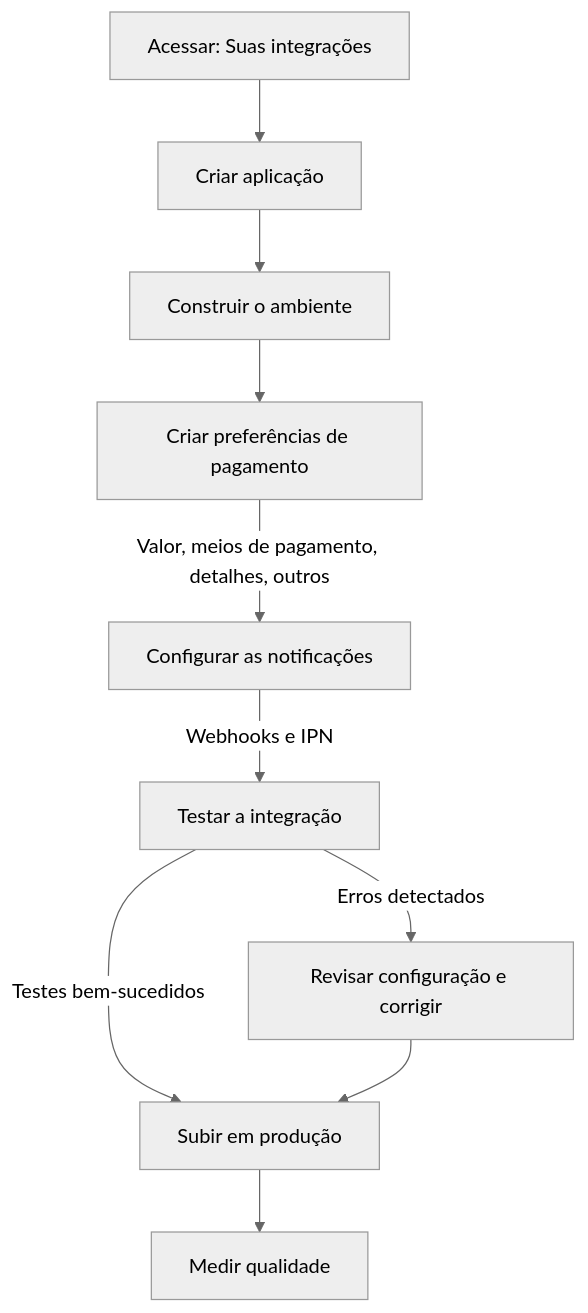
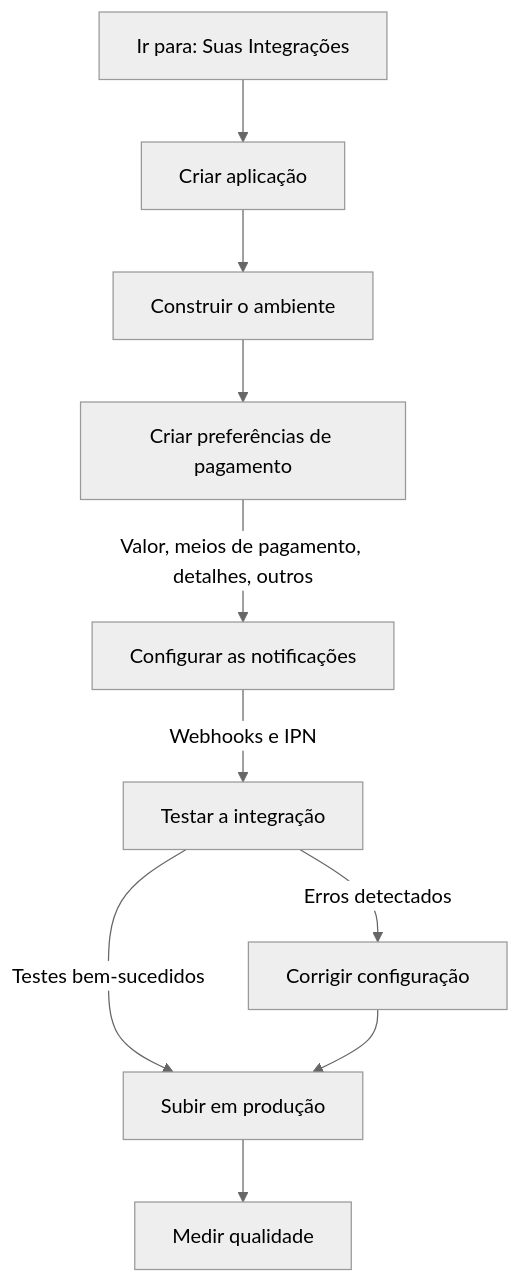
The diagram in guides/checkout-pro/overview.pt.md (22Neves/devsite-docs), drawn with Mermaid (neutral theme) before and after one commit. The commit also changed 2 other files, not shown here.

Commit message:
fix por feedbacks UX

```diff
--- a/guides/checkout-pro/overview.pt.md
+++ b/guides/checkout-pro/overview.pt.md
@@ -126,12 +126,12 @@
     <pre class="mermaid">
 flowchart TD
-            A["Acessar: Suas integrações"] --> B["Criar aplicação"]
+            A["Ir para: Suas Integrações"] --> B["Criar aplicação"]
             B --> C["Construir o ambiente"]
             C --> D["Criar preferências de pagamento"]
             D -- Valor, meios de pagamento, detalhes, outros --> F["Configurar as notificações"]
             F -- Webhooks e IPN --> E["Testar a integração"]
             E -- Testes bem-sucedidos --> H["Subir em produção"]
-            E -- Erros detectados --> I["Revisar configuração e corrigir"]
+            E -- Erros detectados --> I["Corrigir configuração"]
             I --> H
             H --> J["Medir qualidade"]
     </pre>
```
